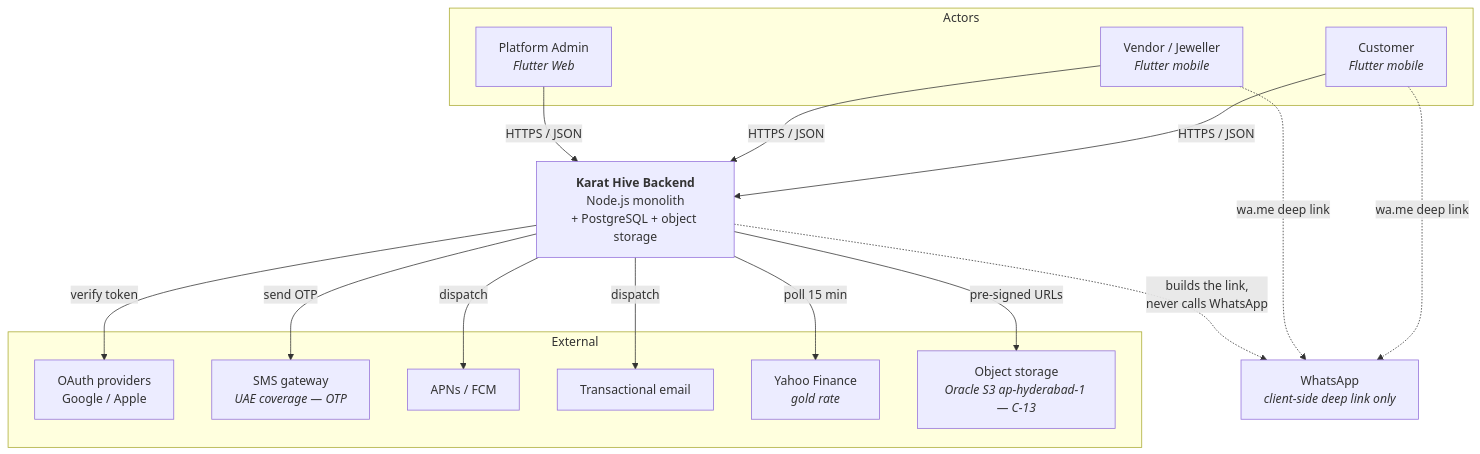
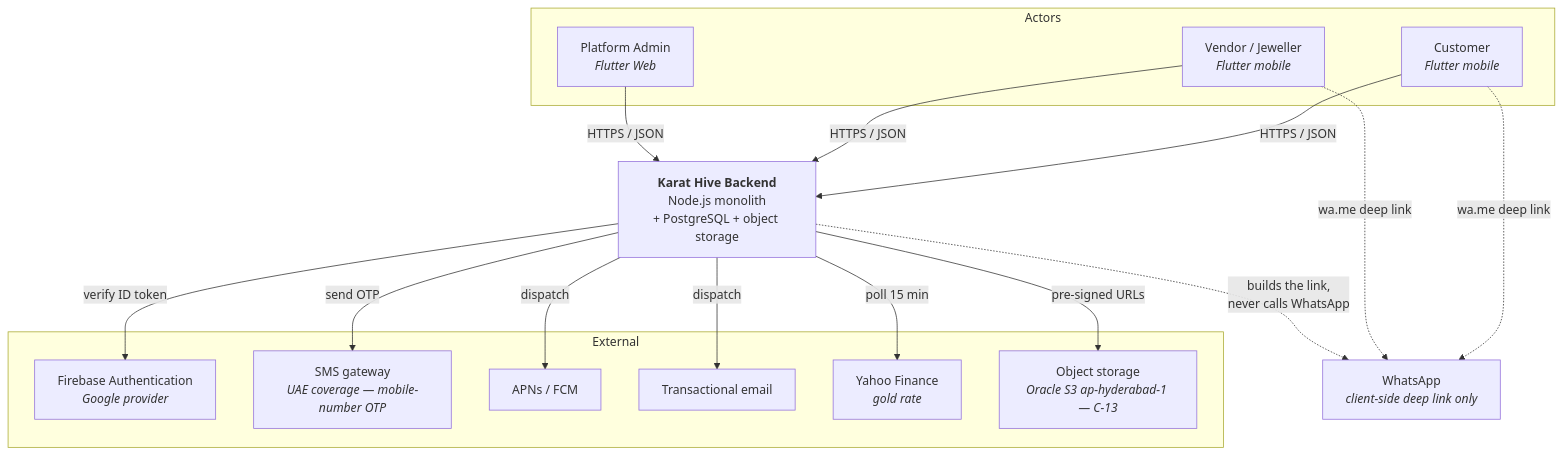
One commit to shabibmr/karat-hive changed the second of 7 diagrams in docs/Architecture-Backend.md. Above: the diagram before and after it, drawn with Mermaid. The commit also changed other lines of this file and 7 other files, not shown here.

First line of the commit message:
docs: align architecture, API, data and async docs with the code and SRS v1.6

````diff
--- a/docs/Architecture-Backend.md
+++ b/docs/Architecture-Backend.md
@@ -171,36 +171,36 @@
 ```mermaid
 flowchart TB
     subgraph Actors
         CUS["Customer<br/><i>Flutter mobile</i>"]
         VEN["Vendor / Jeweller<br/><i>Flutter mobile</i>"]
         ADM["Platform Admin<br/><i>Flutter Web</i>"]
     end
 
     KH["<b>Karat Hive Backend</b><br/>Node.js monolith<br/>+ PostgreSQL + object storage"]
 
     subgraph External
-        OAUTH["OAuth providers<br/>Google / Apple"]
-        SMS["SMS gateway<br/><i>UAE coverage — OTP</i>"]
+        OAUTH["Firebase Authentication<br/><i>Google provider</i>"]
+        SMS["SMS gateway<br/><i>UAE coverage — mobile-number OTP</i>"]
         PUSH["APNs / FCM"]
         MAIL["Transactional email"]
         RATE["Yahoo Finance<br/><i>gold rate</i>"]
         OBJ["Object storage<br/><i>Oracle S3 ap-hyderabad-1 — C-13</i>"]
     end
 
     WA["WhatsApp<br/><i>client-side deep link only</i>"]
 
     CUS -->|HTTPS / JSON| KH
     VEN -->|HTTPS / JSON| KH
     ADM -->|HTTPS / JSON| KH
 
-    KH -->|verify token| OAUTH
+    KH -->|verify ID token| OAUTH
     KH -->|send OTP| SMS
     KH -->|dispatch| PUSH
     KH -->|dispatch| MAIL
     KH -->|poll 15 min| RATE
     KH -->|pre-signed URLs| OBJ
 
     CUS -.->|wa.me deep link| WA
     VEN -.->|wa.me deep link| WA
     KH -.->|builds the link,<br/>never calls WhatsApp| WA
 ```
````
